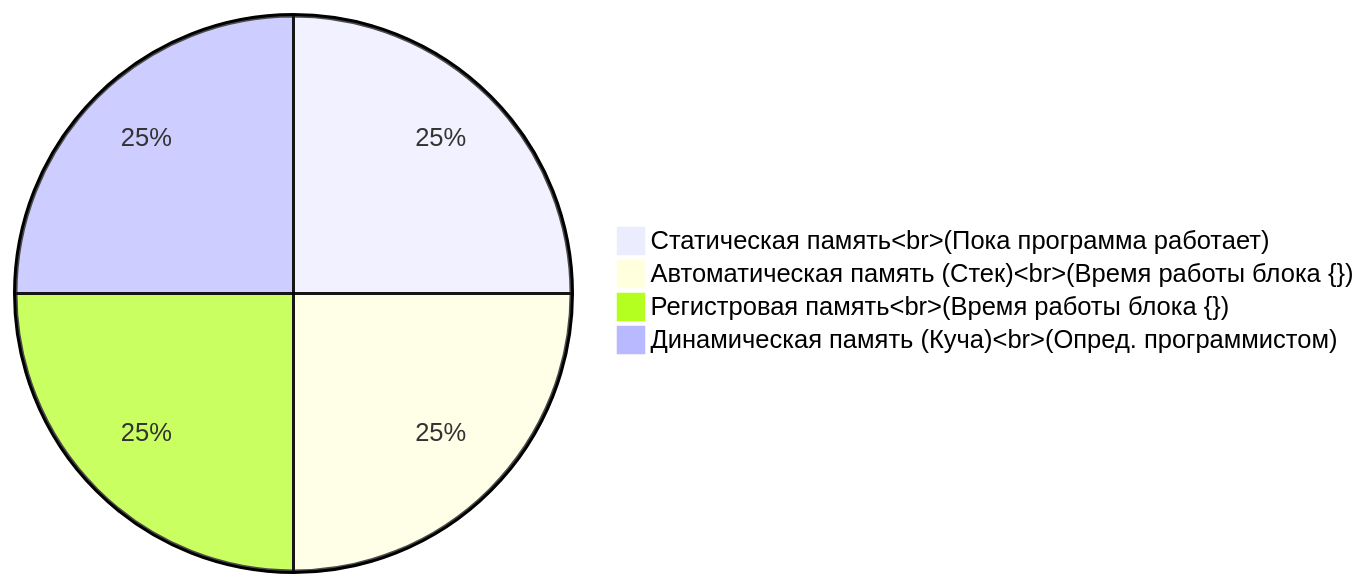
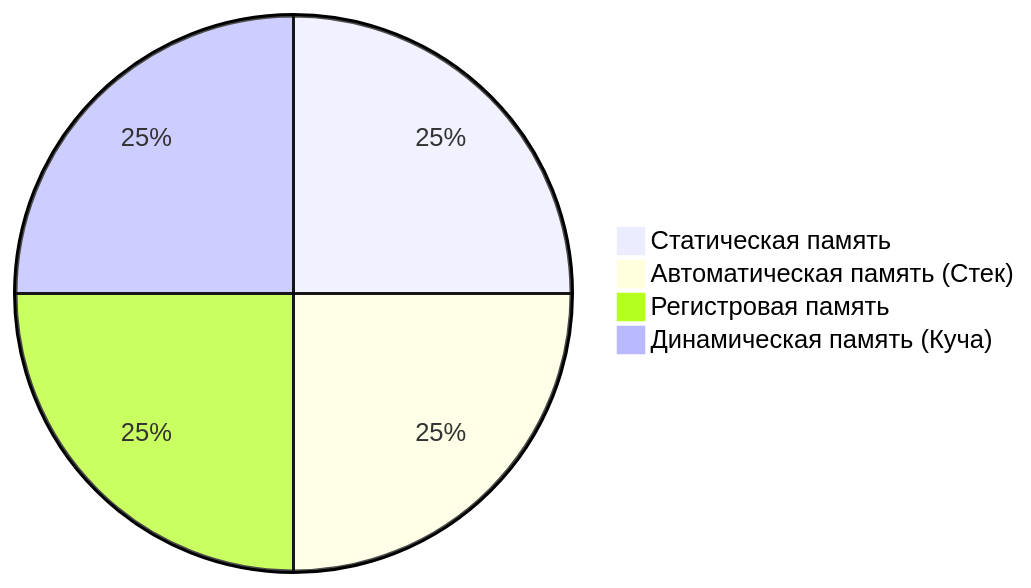
Before and after one commit to BurdichxD4r/Cpp_Lessons: the fifth of 5 diagrams in class_work/Lesson_5/README.md, drawn with Mermaid. The commit also changed other lines of this file, not shown here.

````diff
--- a/class_work/Lesson_5/README.md
+++ b/class_work/Lesson_5/README.md
@@ -168,7 +151,7 @@
 ```mermaid
 pie 
-    "Статическая память<br>(Пока программа работает)" : 25
-    "Автоматическая память (Стек)<br>(Время работы блока {})" : 25
-    "Регистровая память<br>(Время работы блока {})" : 25
-    "Динамическая память (Куча)<br>(Опред. программистом)" : 25
+    "Статическая память" : 25
+    "Автоматическая память (Стек)" : 25
+    "Регистровая память" : 25
+    "Динамическая память (Куча)" : 25
 ```
````
